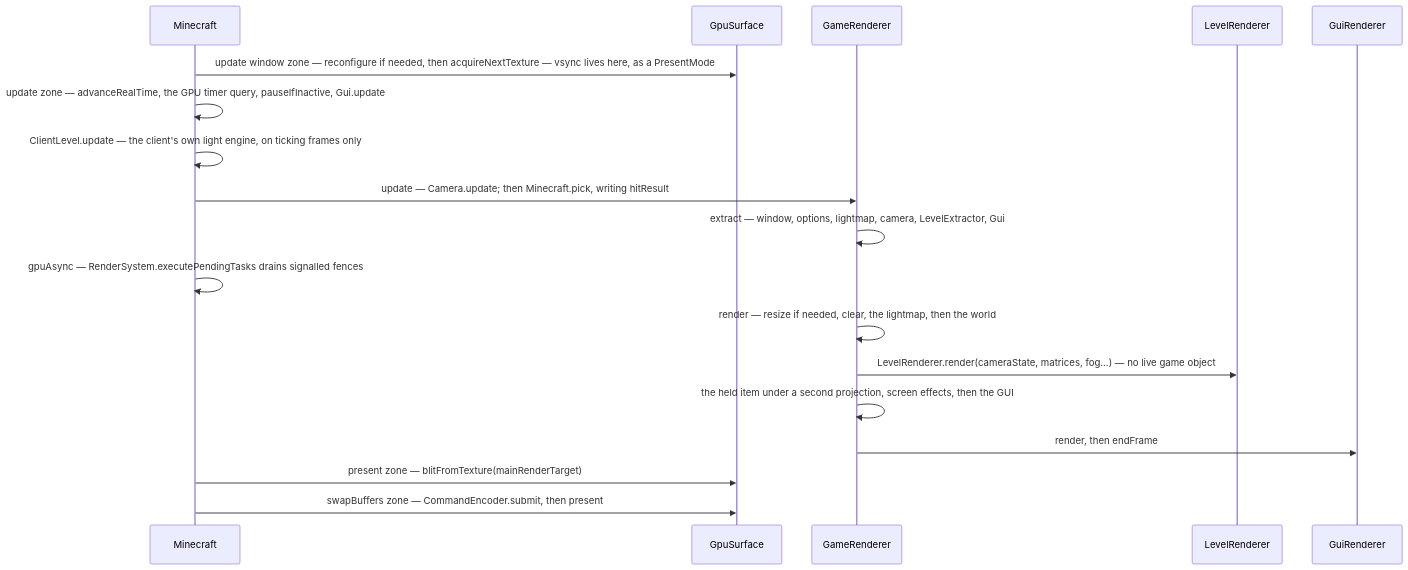
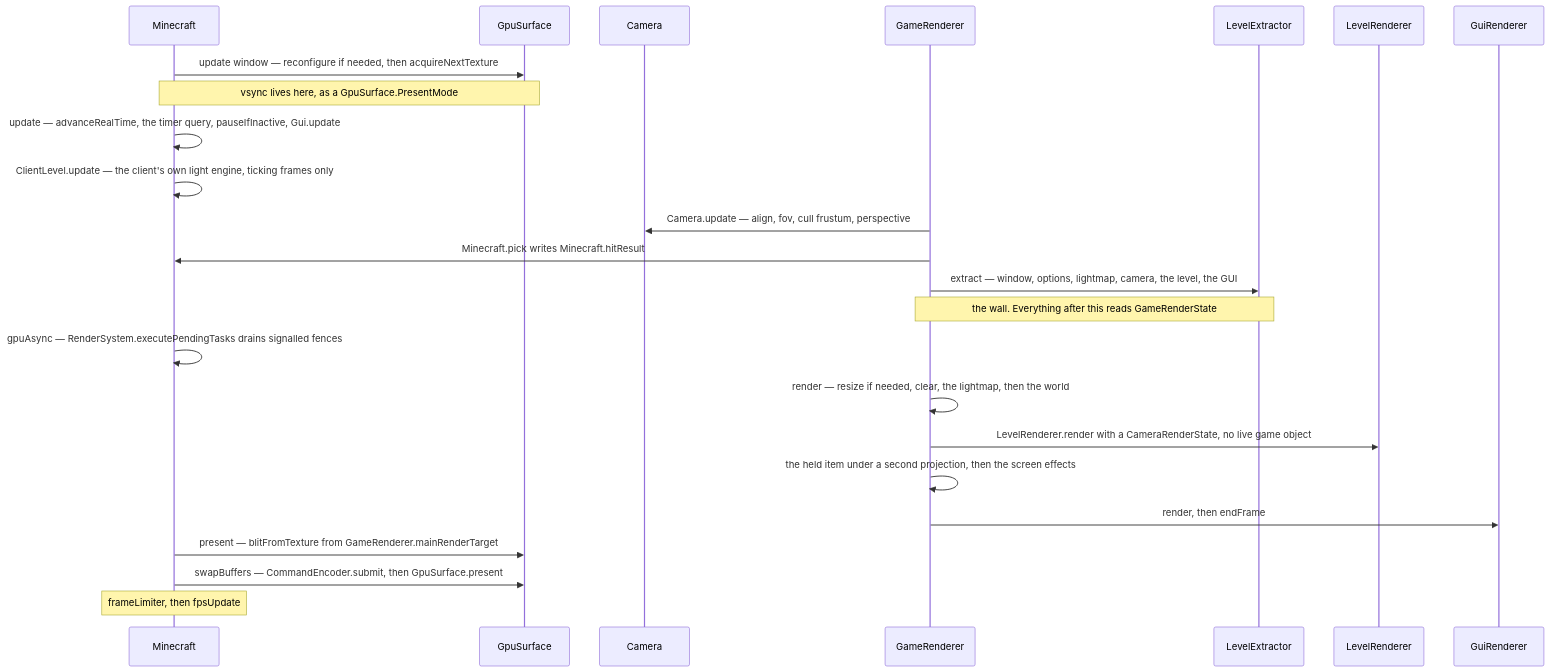
One commit to AlexanderjFraser/MinecraftDocs changed the diagram in src/systems/rendering/the-frame.md. Above: the diagram before and after it, drawn with Mermaid. The commit also changed other lines of this file and 29 other files, not shown here.

````diff
--- a/src/systems/rendering/the-frame.md
+++ b/src/systems/rendering/the-frame.md
@@ -95,21 +45,27 @@
 ```mermaid
 sequenceDiagram
-    participant M as Minecraft
-    participant S as GpuSurface
+    participant MC as Minecraft
+    participant GpuS as GpuSurface
+    participant Camera as Camera
     participant GR as GameRenderer
+    participant LX as LevelExtractor
     participant LR as LevelRenderer
-    participant GUI as GuiRenderer
+    participant GuiR as GuiRenderer
 
-    M->>S: update window zone — reconfigure if needed, then acquireNextTexture — vsync lives here, as a PresentMode
-    M->>M: update zone — advanceRealTime, the GPU timer query, pauseIfInactive, Gui.update
-    M->>M: ClientLevel.update — the client's own light engine, on ticking frames only
-    M->>GR: update — Camera.update#59; then Minecraft.pick, writing hitResult
-    GR->>GR: extract — window, options, lightmap, camera, LevelExtractor, Gui
-    M->>M: gpuAsync — RenderSystem.executePendingTasks drains signalled fences
+    MC->>GpuS: update window — reconfigure if needed, then acquireNextTexture
+    Note over MC,GpuS: vsync lives here, as a GpuSurface.PresentMode
+    MC->>MC: update — advanceRealTime, the timer query, pauseIfInactive, Gui.update
+    MC->>MC: ClientLevel.update — the client's own light engine, ticking frames only
+    GR->>Camera: Camera.update — align, fov, cull frustum, perspective
+    GR->>MC: Minecraft.pick writes Minecraft.hitResult
+    GR->>LX: extract — window, options, lightmap, camera, the level, the GUI
+    Note over GR,LX: the wall. Everything after this reads GameRenderState
+    MC->>MC: gpuAsync — RenderSystem.executePendingTasks drains signalled fences
     GR->>GR: render — resize if needed, clear, the lightmap, then the world
-    GR->>LR: LevelRenderer.render(cameraState, matrices, fog…) — no live game object
-    GR->>GR: the held item under a second projection, screen effects, then the GUI
-    GR->>GUI: render, then endFrame
-    M->>S: present zone — blitFromTexture(mainRenderTarget)
-    M->>S: swapBuffers zone — CommandEncoder.submit, then present
+    GR->>LR: LevelRenderer.render with a CameraRenderState, no live game object
+    GR->>GR: the held item under a second projection, then the screen effects
+    GR->>GuiR: render, then endFrame
+    MC->>GpuS: present — blitFromTexture from GameRenderer.mainRenderTarget
+    MC->>GpuS: swapBuffers — CommandEncoder.submit, then GpuSurface.present
+    Note over MC: frameLimiter, then fpsUpdate
 ```
````
